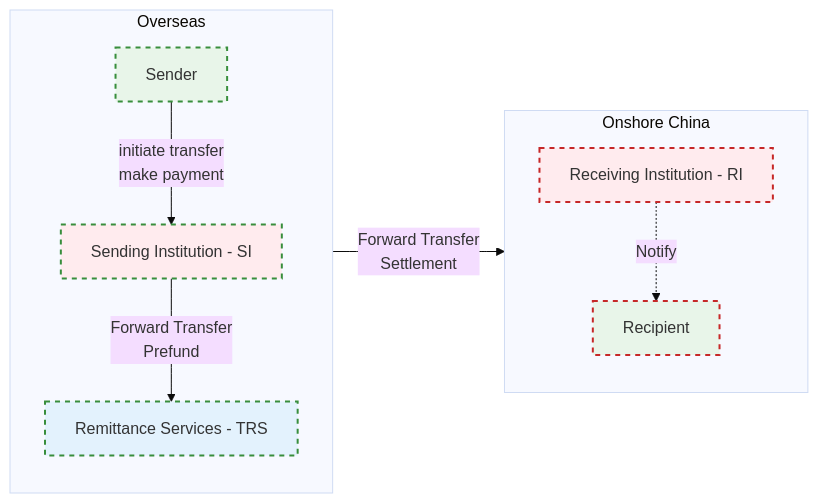
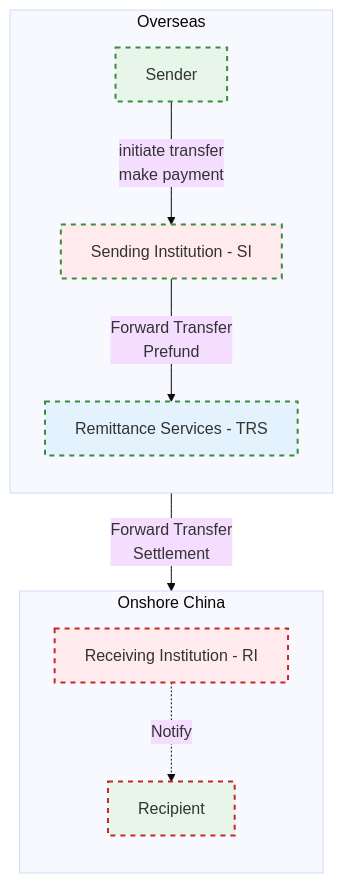
One commit to blaire101/data-warehouse-solutions changed the diagram in README.md. Above: the diagram before and after it, drawn with Mermaid (base theme).

````diff
--- a/README.md
+++ b/README.md
@@ -32,34 +32,34 @@
 ```mermaid
-flowchart LR
+flowchart TD
     %% Style definitions
     classDef user      fill:#E8F5E9,stroke:#388E3C,stroke-width:1px
     classDef product   fill:#FFEBEE,stroke:#C62828,stroke-width:1px
     classDef infra     fill:#E3F2FD,stroke:#1976D2,stroke-width:1px
     classDef overseas  stroke:#388E3C,stroke-dasharray:5 5,stroke-width:2px
     classDef domestic  stroke:#C62828,stroke-dasharray:5 5,stroke-width:2px
 
     %% Overseas section
     subgraph Overseas
         direction TB
         Sender["Sender"]:::user
         SI["Sending Institution - SI"]:::product
         TRS["Remittance Services - TRS"]:::infra
     end
 
     %% Onshore China section
     subgraph "Onshore China"
         direction TB
         RI["Receiving Institution - RI"]:::product
         Recipient["Recipient"]:::user
     end
 
     %% Transaction flows
     Sender -->|initiate transfer <br> make payment| SI
-    SI     -->|Forward Transfer <br> Prefund | TRS
+    SI     -->|Forward Transfer <br> Prefund| TRS
     TRS    -->|Forward Transfer <br> Settlement| RI
-    RI -.->| Notify| Recipient
+    RI -.->|Notify| Recipient
 
     %% Apply region-specific outline styles
     class Sender,SI,TRS overseas
     class RI,Recipient domestic
 ```
````
